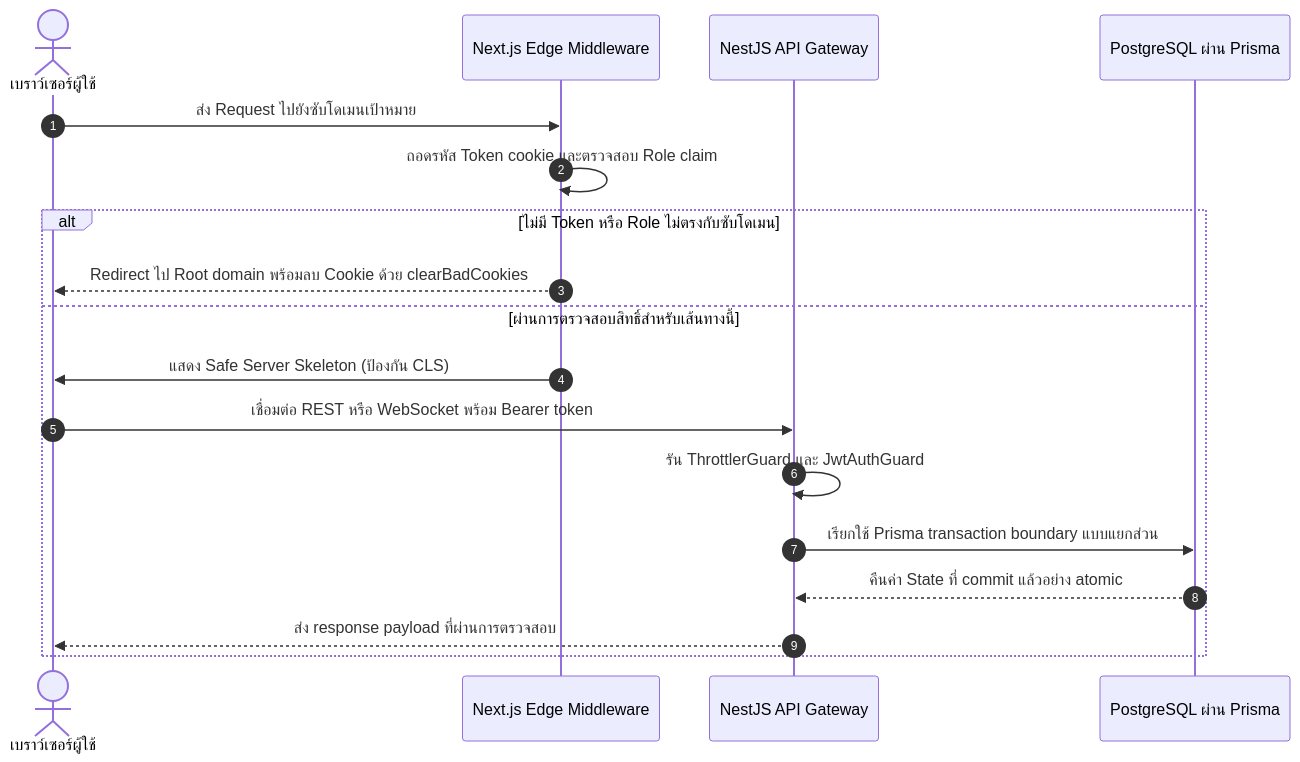
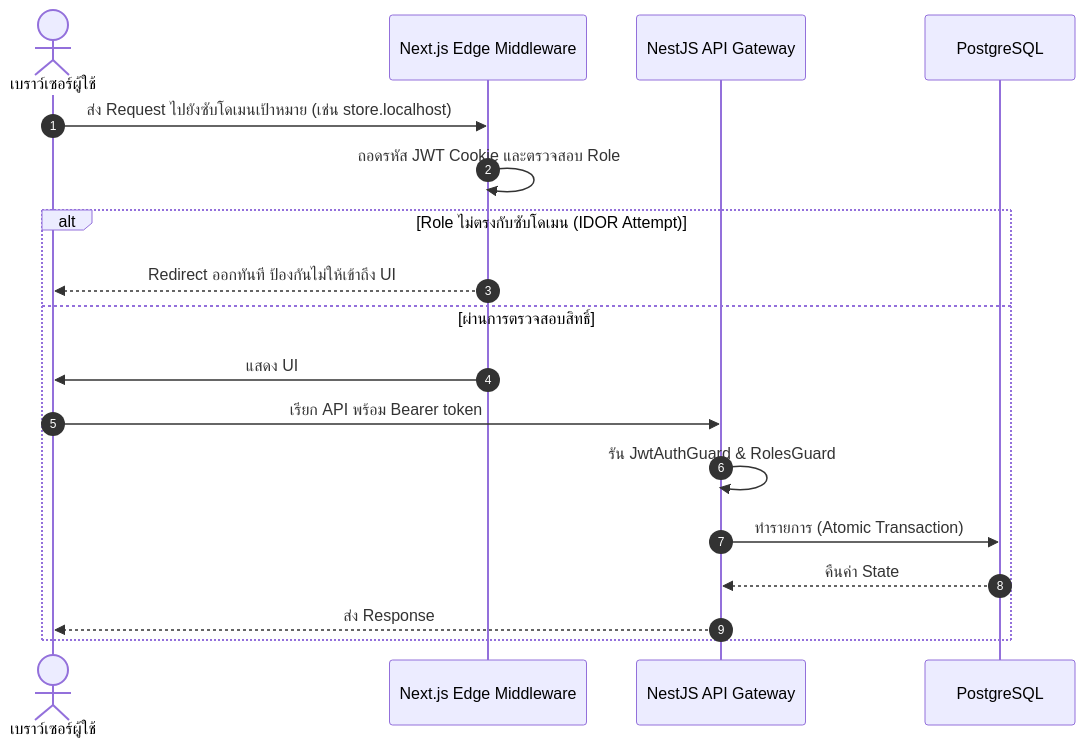
One commit to Phithak-K/Project changed the diagram in README.md. Above: the diagram before and after it, drawn with Mermaid. The commit also changed other lines of this file and 27 other files, not shown here.

Commit message:
fix(backend): resolve E2E issues, update JWT payload mapping to req.user.userId, fix Firebase path, and add Prisma connection retry logic

````diff
--- a/README.md
+++ b/README.md
@@ -36,21 +36,21 @@
 ```mermaid
 sequenceDiagram
     autonumber
     actor Client as เบราว์เซอร์ผู้ใช้
     participant Gateway as Next.js Edge Middleware
     participant Backend as NestJS API Gateway
-    participant Database as PostgreSQL ผ่าน Prisma
+    participant Database as PostgreSQL
 
-    Client->>Gateway: ส่ง Request ไปยังซับโดเมนเป้าหมาย
-    Gateway->>Gateway: ถอดรหัส Token cookie และตรวจสอบ Role claim
-    alt ไม่มี Token หรือ Role ไม่ตรงกับซับโดเมน
-        Gateway-->>Client: Redirect ไป Root domain พร้อมลบ Cookie ด้วย clearBadCookies
-    else ผ่านการตรวจสอบสิทธิ์สำหรับเส้นทางนี้
-        Gateway->>Client: แสดง Safe Server Skeleton (ป้องกัน CLS)
-        Client->>Backend: เชื่อมต่อ REST หรือ WebSocket พร้อม Bearer token
-        Backend->>Backend: รัน ThrottlerGuard และ JwtAuthGuard
-        Backend->>Database: เรียกใช้ Prisma transaction boundary แบบแยกส่วน
-        Database-->>Backend: คืนค่า State ที่ commit แล้วอย่าง atomic
-        Backend-->>Client: ส่ง response payload ที่ผ่านการตรวจสอบ
+    Client->>Gateway: ส่ง Request ไปยังซับโดเมนเป้าหมาย (เช่น store.localhost)
+    Gateway->>Gateway: ถอดรหัส JWT Cookie และตรวจสอบ Role
+    alt Role ไม่ตรงกับซับโดเมน (IDOR Attempt)
+        Gateway-->>Client: Redirect ออกทันที ป้องกันไม่ให้เข้าถึง UI
+    else ผ่านการตรวจสอบสิทธิ์
+        Gateway->>Client: แสดง UI
+        Client->>Backend: เรียก API พร้อม Bearer token
+        Backend->>Backend: รัน JwtAuthGuard & RolesGuard
+        Backend->>Database: ทำรายการ (Atomic Transaction)
+        Database-->>Backend: คืนค่า State
+        Backend-->>Client: ส่ง Response
     end
 ```
````
